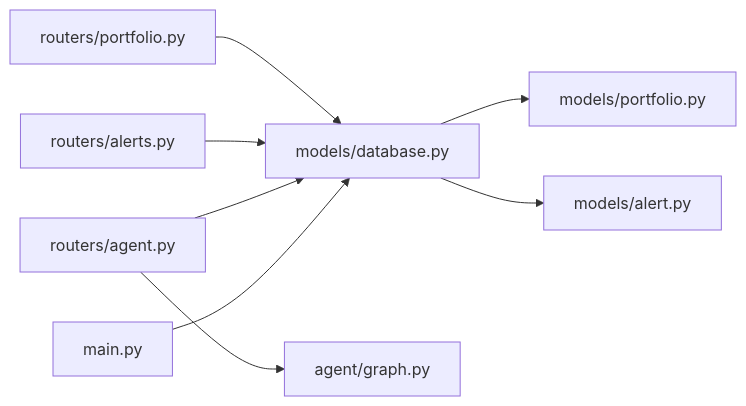
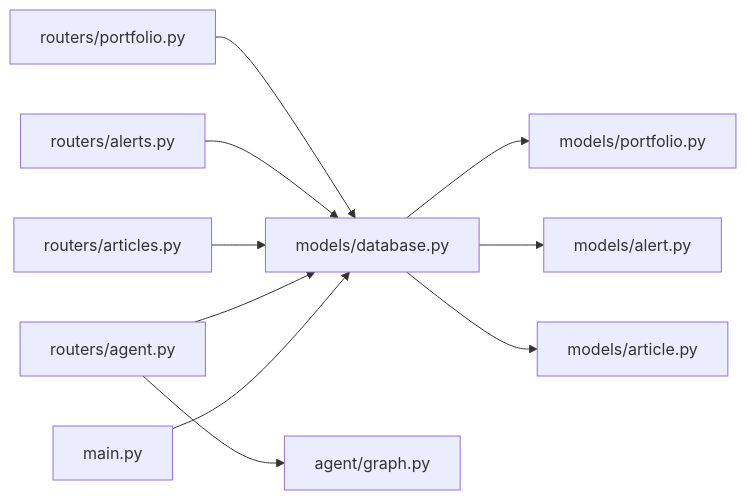
Before and after one commit to ishwarambare/ishwarambare-app: the tenth of 10 diagrams in .qoder/repowiki/en/content/Backend Architecture/Database Layer/Database Layer.md, drawn with Mermaid. The commit also changed other lines of this file and 10 other files, not shown here.

````diff
--- a/.qoder/repowiki/en/content/Backend Architecture/Database Layer/Database Layer.md
+++ b/.qoder/repowiki/en/content/Backend Architecture/Database Layer/Database Layer.md
@@ -344,10 +428,12 @@
 ```mermaid
 graph LR
 DB["models/database.py"] --> P["models/portfolio.py"]
 DB --> A["models/alert.py"]
+DB --> ART["models/article.py"]
 RP["routers/portfolio.py"] --> DB
 RA["routers/alerts.py"] --> DB
+RART["routers/articles.py"] --> DB
 RG["routers/agent.py"] --> DB
 RG --> G["agent/graph.py"]
 M["main.py"] --> DB
 ```
````
